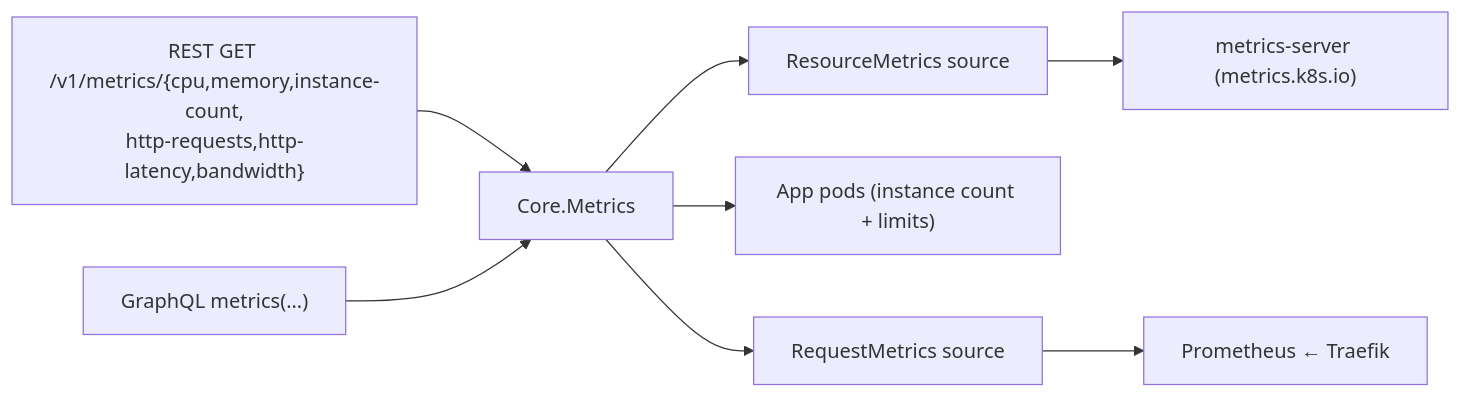
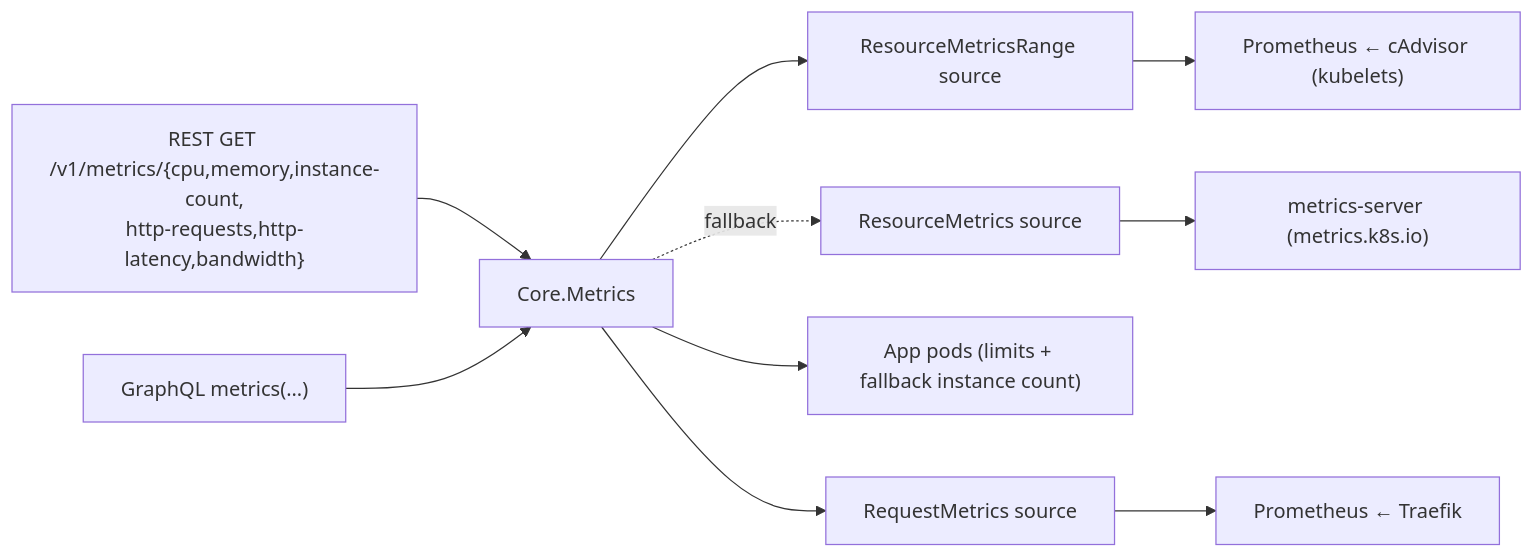
Before and after one commit to cuckoo-network/cuckoo: the second of 2 diagrams in docs/observability.md, drawn with Mermaid. The commit also changed other lines of this file and 16 other files, not shown here.

First line of the commit message:
feat(bex-api): Prometheus-backed resource-metrics history (w3/m4)

````diff
--- a/docs/observability.md
+++ b/docs/observability.md
@@ -63,8 +63,9 @@
 ```mermaid
 flowchart LR
   rest["REST GET /v1/metrics/{cpu,memory,instance-count,<br/>http-requests,http-latency,bandwidth}"] --> core
   gql["GraphQL metrics(...)"] --> core
-  core["Core.Metrics"] --> rm["ResourceMetrics source"] --> ms["metrics-server (metrics.k8s.io)"]
-  core --> pods["App pods (instance count + limits)"]
+  core["Core.Metrics"] --> rr["ResourceMetricsRange source"] --> promc["Prometheus ← cAdvisor (kubelets)"]
+  core -.fallback.-> rm["ResourceMetrics source"] --> ms["metrics-server (metrics.k8s.io)"]
+  core --> pods["App pods (limits + fallback instance count)"]
   core --> qm["RequestMetrics source"] --> prom["Prometheus ← Traefik"]
 ```
````
